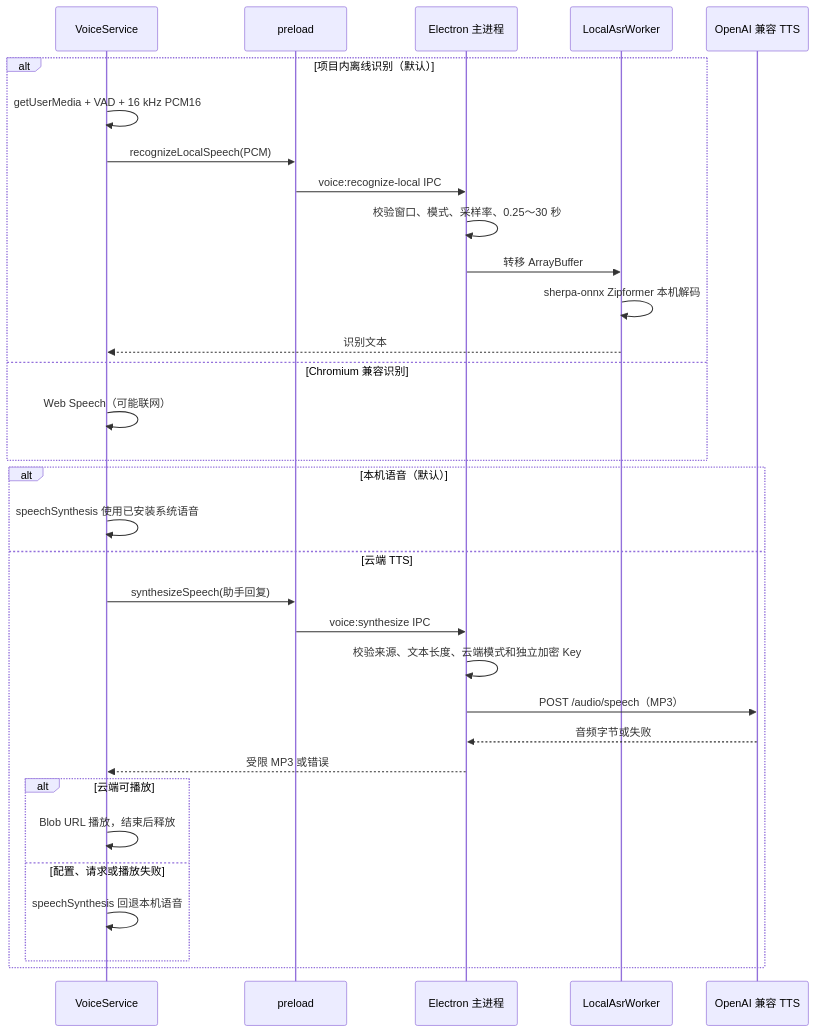
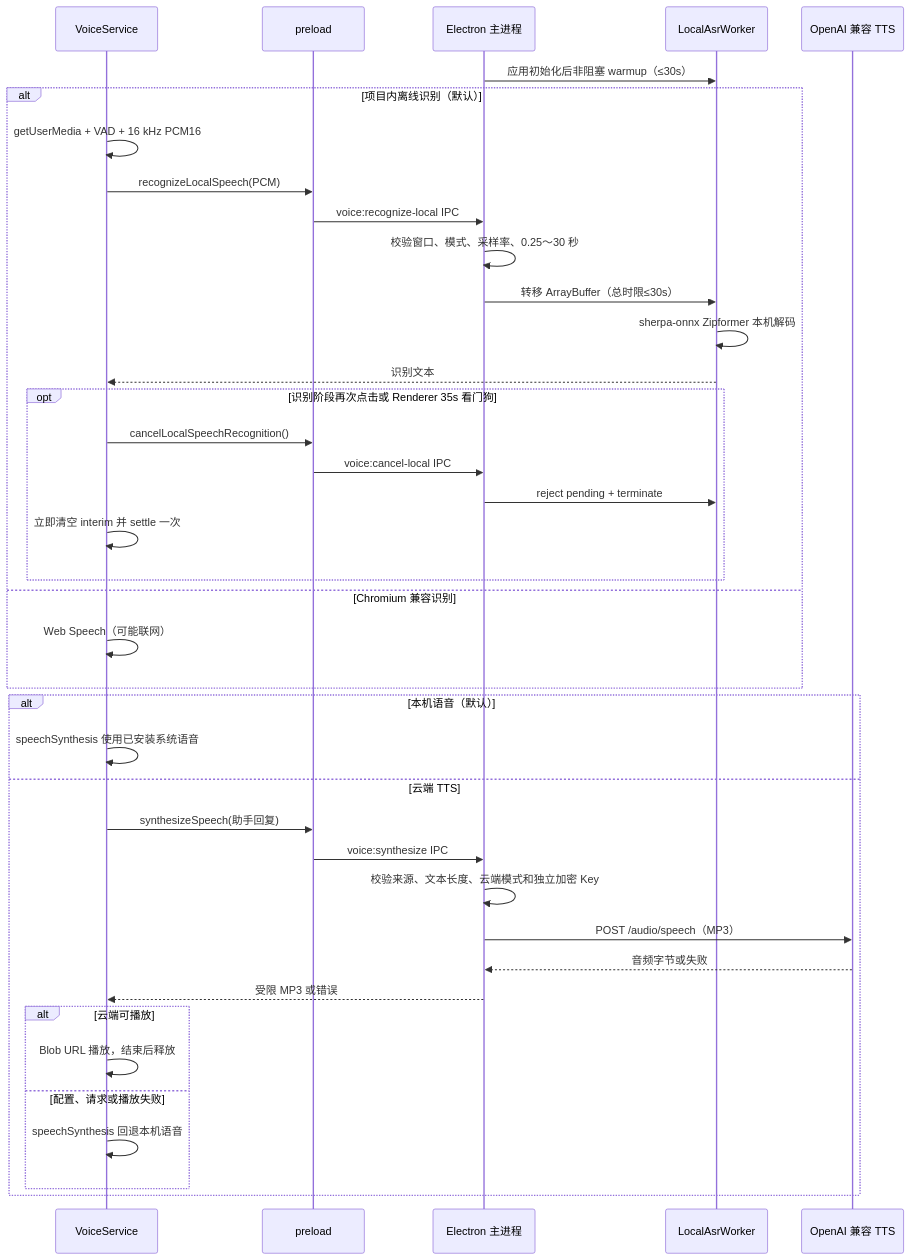
One commit to MonsterN58/memory-pet-agent changed the fourth of 4 diagrams in docs/ARCHITECTURE.md. Above: the diagram before and after it, drawn with Mermaid. The commit also changed other lines of this file and 3 other files, not shown here.

````diff
--- a/docs/ARCHITECTURE.md
+++ b/docs/ARCHITECTURE.md
@@ -123,34 +134,41 @@
 ```mermaid
 sequenceDiagram
   participant U as VoiceService
   participant P as preload
   participant M as Electron 主进程
   participant W as LocalAsrWorker
   participant T as OpenAI 兼容 TTS
+  M->>W: 应用初始化后非阻塞 warmup（≤30s）
   alt 项目内离线识别（默认）
     U->>U: getUserMedia + VAD + 16 kHz PCM16
     U->>P: recognizeLocalSpeech(PCM)
     P->>M: voice:recognize-local IPC
     M->>M: 校验窗口、模式、采样率、0.25～30 秒
-    M->>W: 转移 ArrayBuffer
+    M->>W: 转移 ArrayBuffer（总时限≤30s）
     W->>W: sherpa-onnx Zipformer 本机解码
     W-->>U: 识别文本
+    opt 识别阶段再次点击或 Renderer 35s 看门狗
+      U->>P: cancelLocalSpeechRecognition()
+      P->>M: voice:cancel-local IPC
+      M->>W: reject pending + terminate
+      U->>U: 立即清空 interim 并 settle 一次
+    end
   else Chromium 兼容识别
     U->>U: Web Speech（可能联网）
   end
   alt 本机语音（默认）
     U->>U: speechSynthesis 使用已安装系统语音
   else 云端 TTS
     U->>P: synthesizeSpeech(助手回复)
     P->>M: voice:synthesize IPC
     M->>M: 校验来源、文本长度、云端模式和独立加密 Key
     M->>T: POST /audio/speech（MP3）
     T-->>M: 音频字节或失败
     M-->>U: 受限 MP3 或错误
     alt 云端可播放
       U->>U: Blob URL 播放，结束后释放
     else 配置、请求或播放失败
       U->>U: speechSynthesis 回退本机语音
     end
   end
 ```
````
